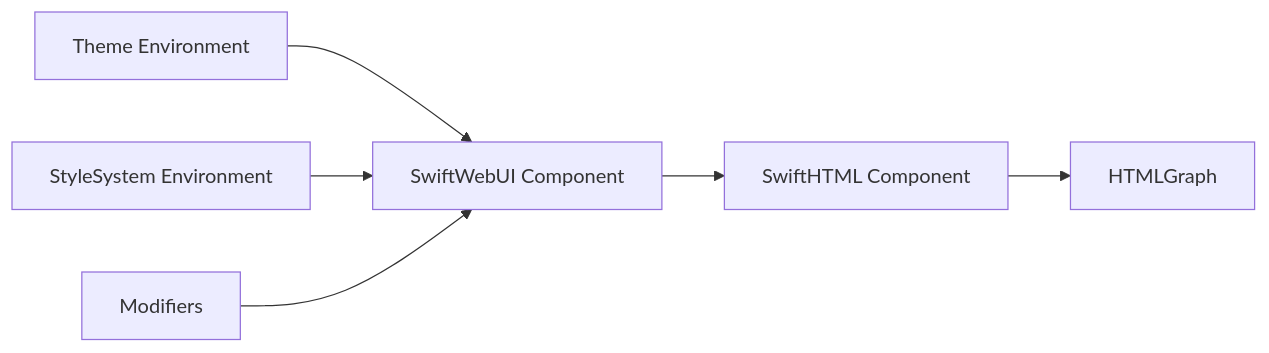
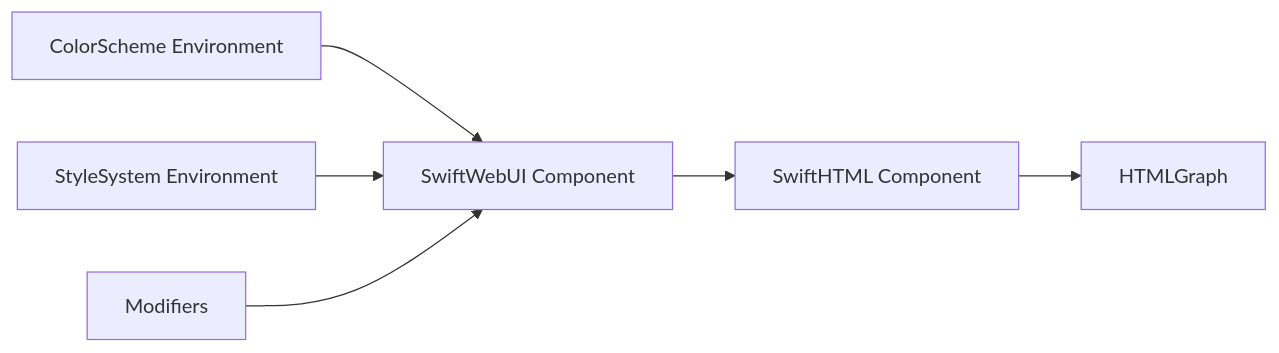
One commit to 1amageek/swift-web changed the first of 4 diagrams in Sources/SwiftWebUI/README.md. Above: the diagram before and after it, drawn with Mermaid. The commit also changed other lines of this file and 85 other files, not shown here.

````diff
--- a/Sources/SwiftWebUI/README.md
+++ b/Sources/SwiftWebUI/README.md
@@ -42,8 +42,8 @@
 ```mermaid
 flowchart LR
   A["SwiftWebUI Component"] --> B["SwiftHTML Component"]
   B --> C["HTMLGraph"]
-  D["Theme Environment"] --> A
+  D["ColorScheme Environment"] --> A
   E["StyleSystem Environment"] --> A
   F["Modifiers"] --> A
 ```
````
